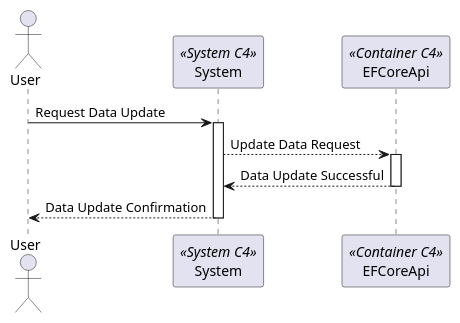
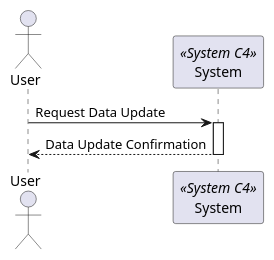
Before and after one commit to BernasDzn/portit: the diagram in docs/sprint_1/global_artifacts/arquitecture/Level_1/process_views/process_view_n1_3.puml, drawn with PlantUML. The commit also changed 17 other files, not shown here.

```diff
--- a/docs/sprint_1/global_artifacts/arquitecture/Level_1/process_views/process_view_n1_3.puml
+++ b/docs/sprint_1/global_artifacts/arquitecture/Level_1/process_views/process_view_n1_3.puml
@@ -1,16 +1,11 @@
 @startuml processview_n1
 Actor "User" as user
 Participant "System" as System <<System C4>>
-Participant "EFCoreApi" as EFCoreApi <<Container C4>>
 
 user -> System: Request Data Update
 
 activate System
-    System --> EFCoreApi: Update Data Request
-    activate EFCoreApi
-    System <-- EFCoreApi: Data Update Successful
-    deactivate EFCoreApi
     user <-- System: Data Update Confirmation
 deactivate System
 
 @enduml
```
